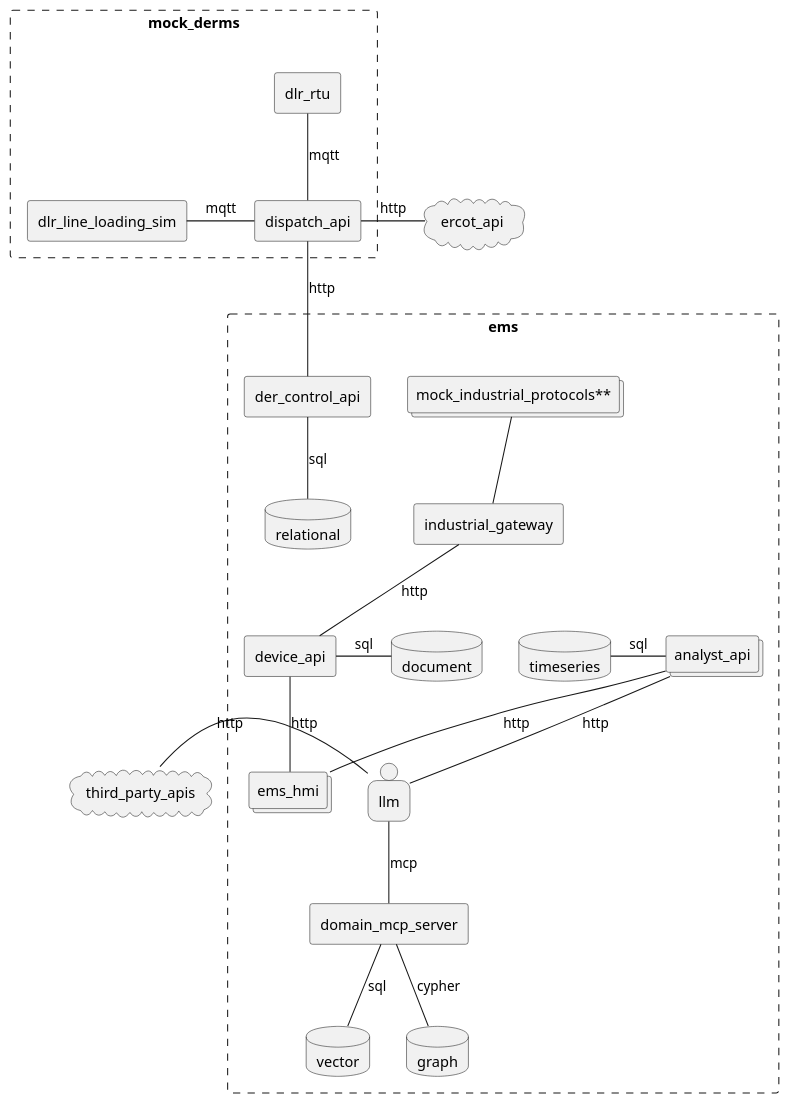
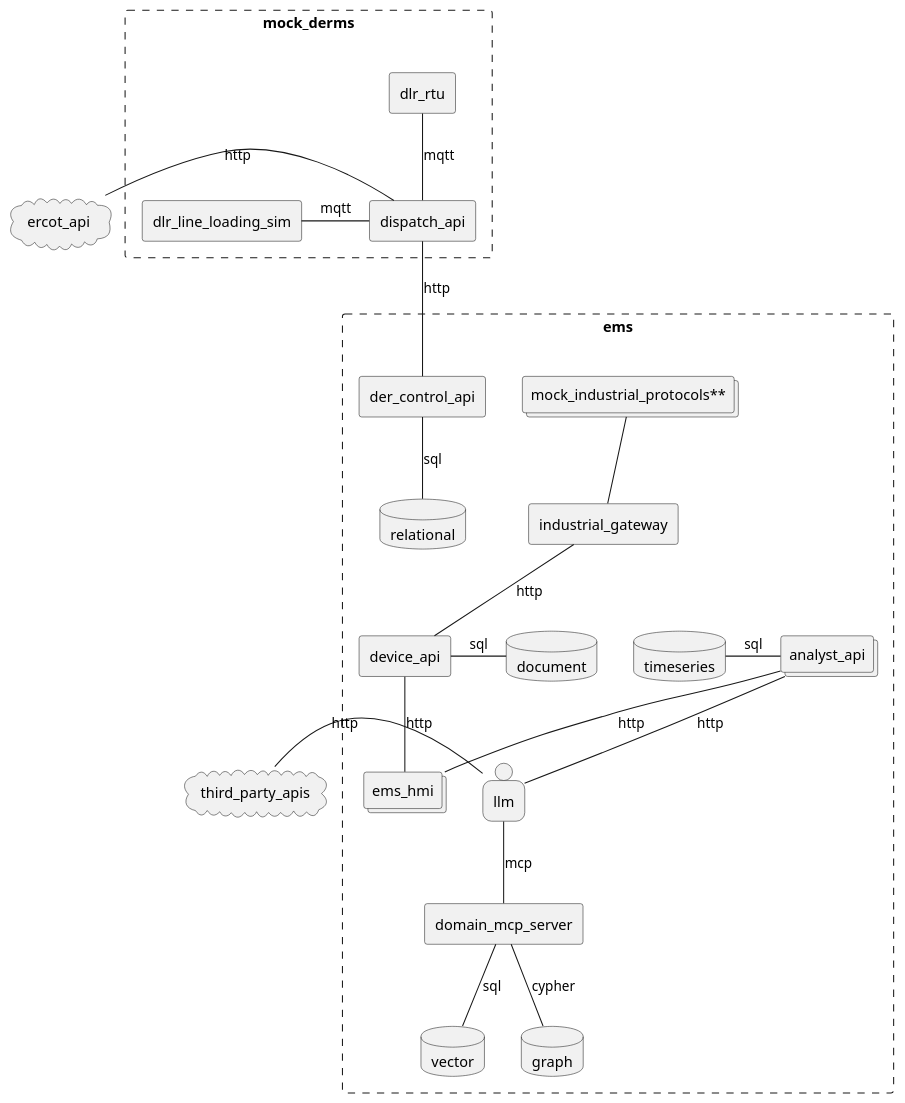
Before and after one commit to arcnode-io/ems: the first of 7 diagrams in readme.md, drawn with PlantUML. The commit also changed 3 other files, not shown here.

Commit message:
📄 docs: added ercot api

````diff
--- a/readme.md
+++ b/readme.md
@@ -29,42 +29,42 @@
 ```plantuml
 cloud third_party_apis
 cloud ercot_api 
 
 rectangle ems #line.dashed {
     collections "mock_industrial_protocols**" as mock_industrial_protocols
     rectangle industrial_gateway
     rectangle device_api
     rectangle der_control_api
     database timeseries
     database vector
     database graph
     database relational
     collections analyst_api
     database document
     collections ems_hmi
     person llm
     rectangle domain_mcp_server
 }
 rectangle  mock_derms #line.dashed {
   rectangle dlr_line_loading_sim
   rectangle dlr_rtu
   rectangle dispatch_api
 }
-ercot_api -l- dispatch_api: http
+ercot_api - dispatch_api: http
 dlr_rtu -d- dispatch_api: mqtt
 dlr_line_loading_sim - dispatch_api: mqtt
 dispatch_api -d- der_control_api: http
 industrial_gateway -u- mock_industrial_protocols
 industrial_gateway -- device_api: http
 ems_hmi -u- device_api: http
 device_api -r- document: sql
 der_control_api -d- relational: sql
 
 analyst_api -l- timeseries: sql
 llm -d- domain_mcp_server: mcp
 domain_mcp_server -d- vector: sql
 domain_mcp_server -d- graph: cypher
 ems_hmi -u- analyst_api: http
 analyst_api -d- llm: http
 llm -l- third_party_apis: http
 ```
````
